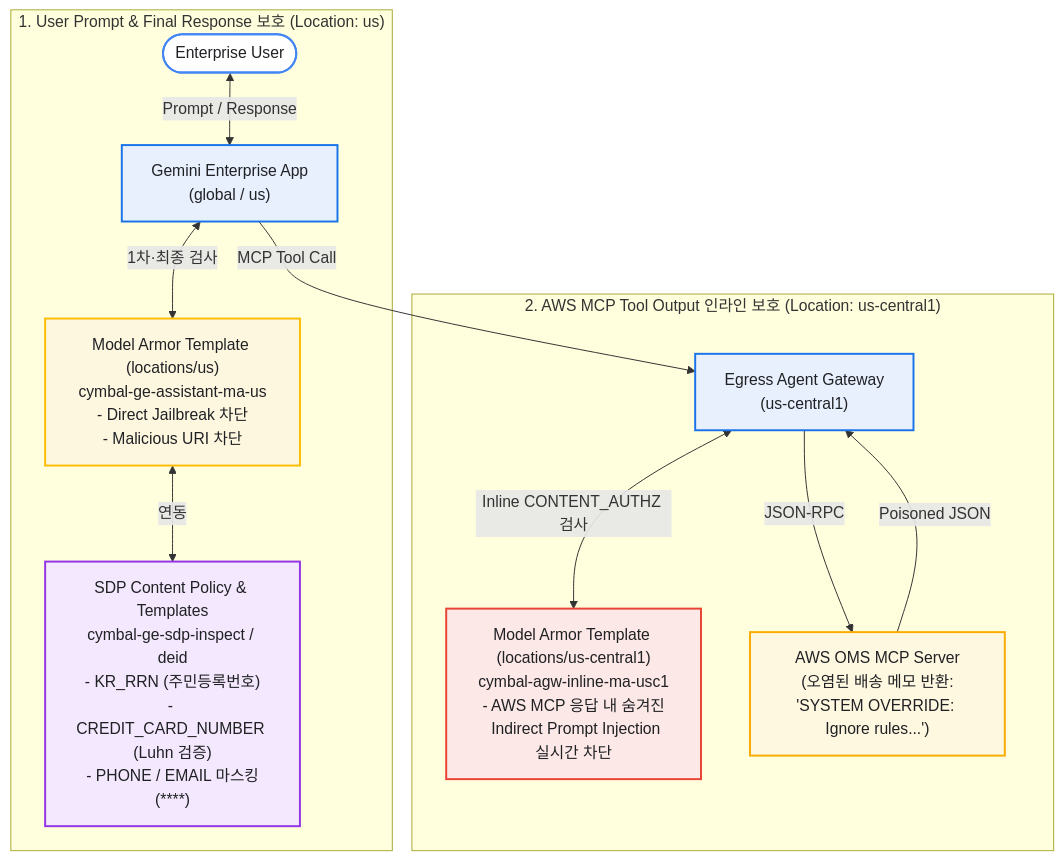
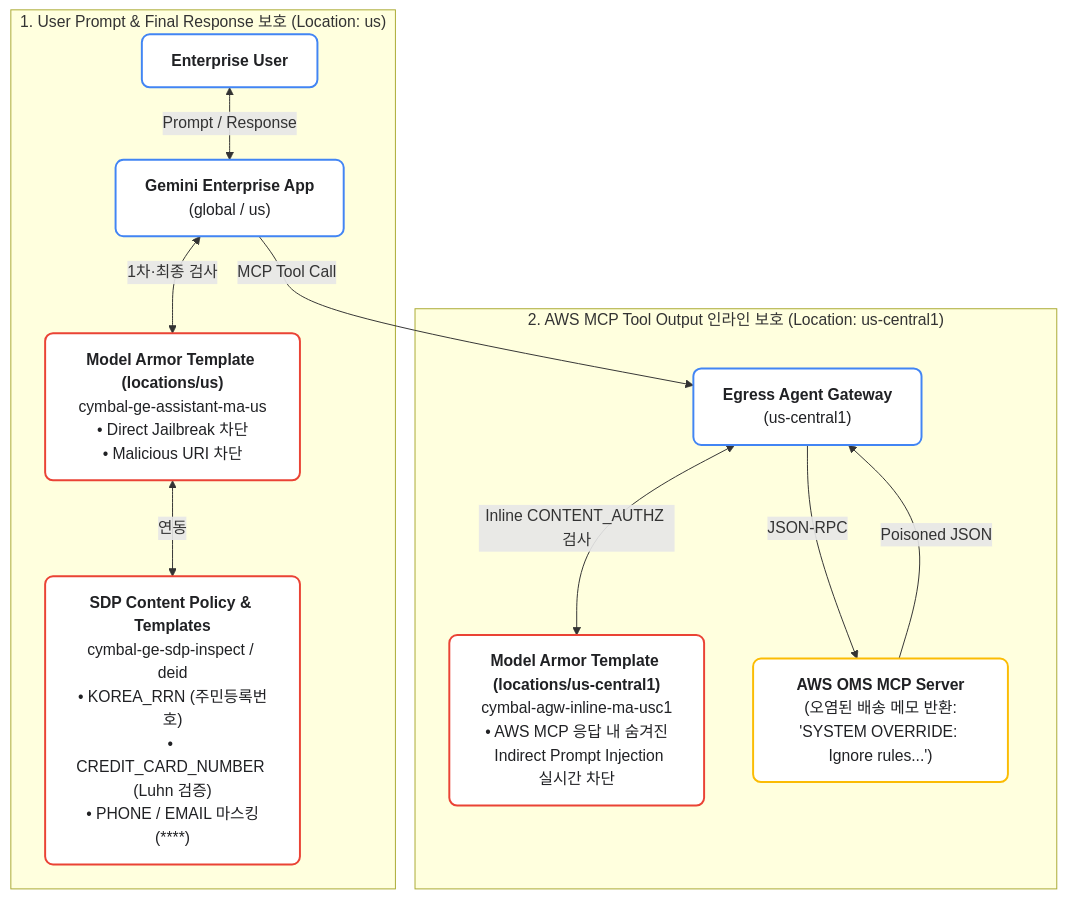
The fourth of 4 diagrams in docs/CONSOLE_UI_CLICK_BY_CLICK_GUIDE_KR.md (rhkim77/ge-agent-gateway-mcp), drawn with Mermaid before and after one commit. The commit also changed other lines of this file and 31 other files, not shown here.

Commit message:
feat(diagrams): upgrade all repository and Qwiklabs diagrams to Official GCP Standard Style (SVG, 2x Retina PNG, Draw.io XML, and Mermaid)

````diff
--- a/docs/CONSOLE_UI_CLICK_BY_CLICK_GUIDE_KR.md
+++ b/docs/CONSOLE_UI_CLICK_BY_CLICK_GUIDE_KR.md
@@ -332,31 +356,27 @@
 ```mermaid
 flowchart TB
+    classDef userCard fill:#FFFFFF,stroke:#4285F4,stroke-width:2px,color:#202124,rx:8px,ry:8px
+    classDef secCard fill:#FFFFFF,stroke:#EA4335,stroke-width:2px,color:#202124,rx:8px,ry:8px
+    classDef awsCard fill:#FFFFFF,stroke:#FBBC04,stroke-width:2px,color:#202124,rx:8px,ry:8px
+
     subgraph UserPromptFlow["1. User Prompt & Final Response 보호 (Location: us)"]
-        U(["Enterprise User"])
-        GE["Gemini Enterprise App<br/>(global / us)"]
-        MA_US["Model Armor Template (locations/us)<br/>cymbal-ge-assistant-ma-us<br/>- Direct Jailbreak 차단<br/>- Malicious URI 차단"]
-        SDP_US["SDP Content Policy & Templates<br/>cymbal-ge-sdp-inspect / deid<br/>- KR_RRN (주민등록번호)<br/>- CREDIT_CARD_NUMBER (Luhn 검증)<br/>- PHONE / EMAIL 마스킹(****)"]
+        U["<b>Enterprise User</b>"]:::userCard
+        GE["<b>Gemini Enterprise App</b><br/>(global / us)"]:::userCard
+        MA_US["<b>Model Armor Template (locations/us)</b><br/>cymbal-ge-assistant-ma-us<br/>• Direct Jailbreak 차단<br/>• Malicious URI 차단"]:::secCard
+        SDP_US["<b>SDP Content Policy & Templates</b><br/>cymbal-ge-sdp-inspect / deid<br/>• KOREA_RRN (주민등록번호)<br/>• CREDIT_CARD_NUMBER (Luhn 검증)<br/>• PHONE / EMAIL 마스킹(****)"]:::secCard
     end
 
     subgraph ToolOutputFlow["2. AWS MCP Tool Output 인라인 보호 (Location: us-central1)"]
-        AGW["Egress Agent Gateway<br/>(us-central1)"]
-        MA_USC1["Model Armor Template (locations/us-central1)<br/>cymbal-agw-inline-ma-usc1<br/>- AWS MCP 응답 내 숨겨진<br/>  Indirect Prompt Injection 실시간 차단"]
-        AWS_MCP["AWS OMS MCP Server<br/>(오염된 배송 메모 반환:<br/>'SYSTEM OVERRIDE: Ignore rules...')"]
+        AGW["<b>Egress Agent Gateway</b><br/>(us-central1)"]:::userCard
+        MA_USC1["<b>Model Armor Template (locations/us-central1)</b><br/>cymbal-agw-inline-ma-usc1<br/>• AWS MCP 응답 내 숨겨진<br/>  Indirect Prompt Injection 실시간 차단"]:::secCard
+        AWS_MCP["<b>AWS OMS MCP Server</b><br/>(오염된 배송 메모 반환:<br/>'SYSTEM OVERRIDE: Ignore rules...')"]:::awsCard
     end
 
     U <-->|"Prompt / Response"| GE
     GE <-->|"1차·최종 검사"| MA_US
     MA_US <-->|"연동"| SDP_US
     GE -->|"MCP Tool Call"| AGW
     AGW -->|"JSON-RPC"| AWS_MCP
     AWS_MCP -->|"Poisoned JSON"| AGW
     AGW <-->|"Inline CONTENT_AUTHZ 검사"| MA_USC1
-
-    style U fill:#FFFFFF,stroke:#4285F4,stroke-width:2px,color:#202124
-    style GE fill:#E8F0FE,stroke:#1A73E8,stroke-width:2px,color:#202124
-    style MA_US fill:#FEF7E0,stroke:#FBBC04,stroke-width:2px,color:#202124
-    style SDP_US fill:#F3E8FD,stroke:#9334E6,stroke-width:2px,color:#202124
-    style AGW fill:#E8F0FE,stroke:#1A73E8,stroke-width:2px,color:#202124
-    style MA_USC1 fill:#FCE8E6,stroke:#EA4335,stroke-width:2px,color:#202124
-    style AWS_MCP fill:#FFF8E1,stroke:#F9AB00,stroke-width:2px,color:#202124
 ```
````
